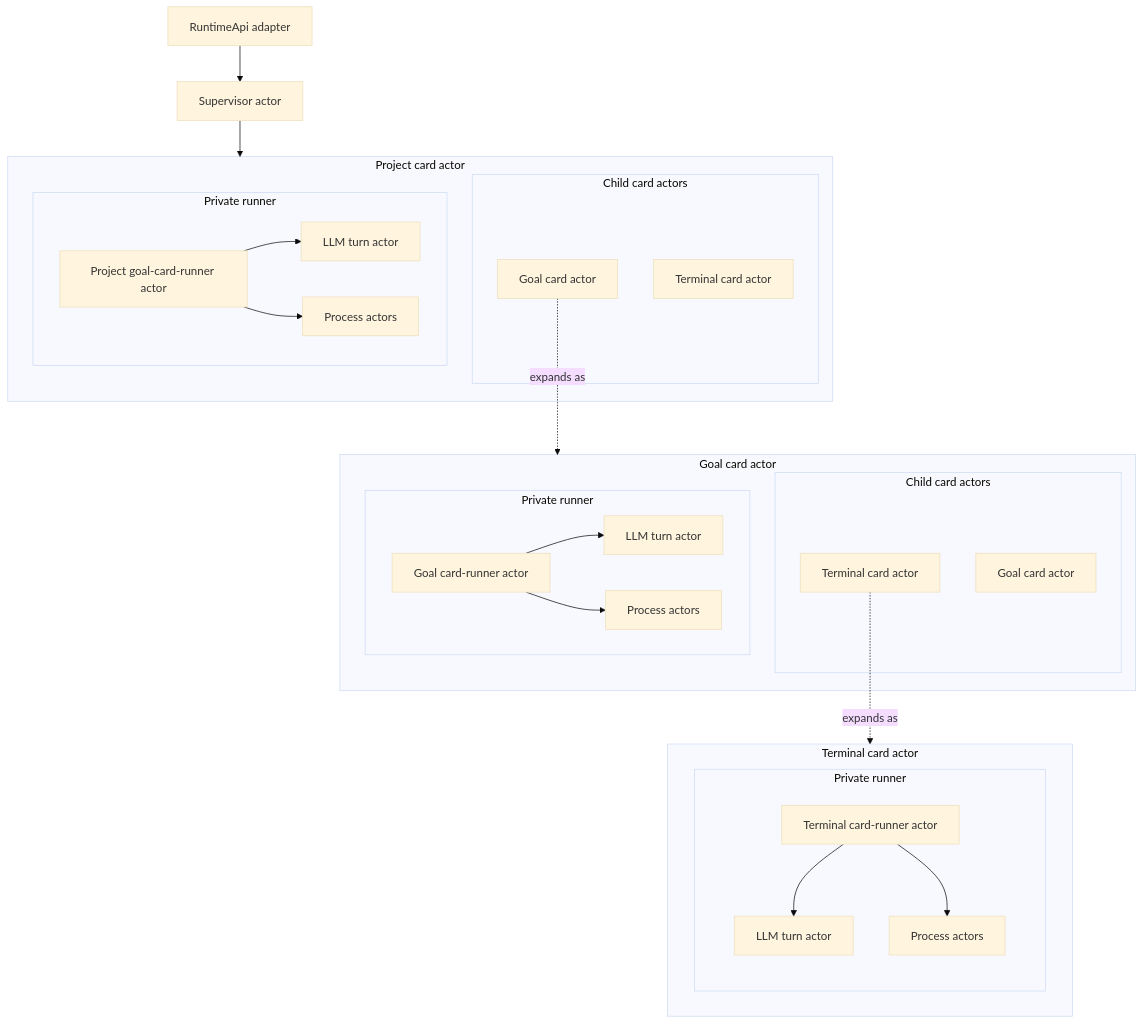
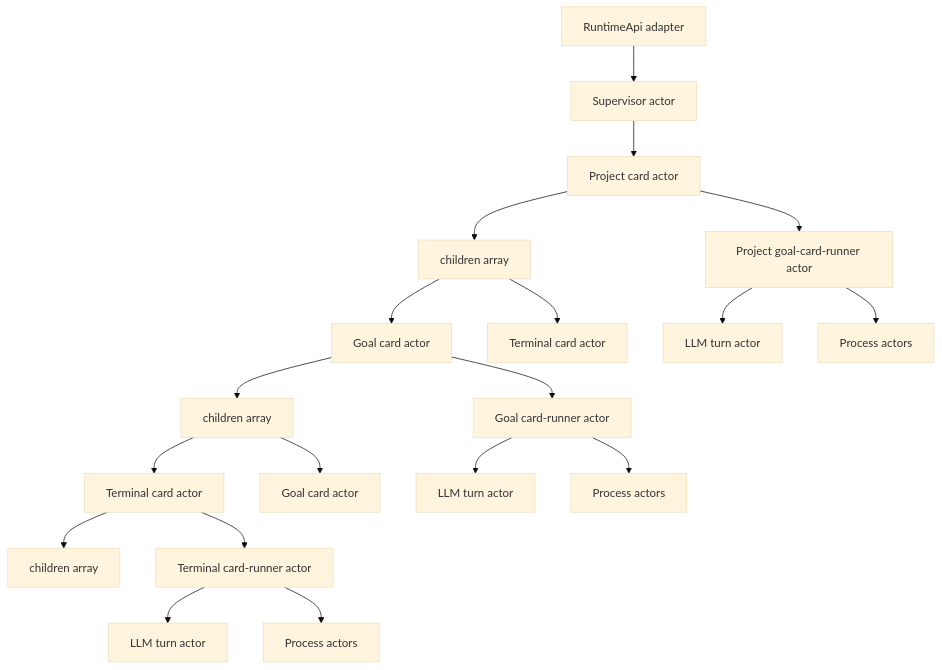
The diagram in docs/architecture/xstate-runtime-core.md (salva/saivage-v3), drawn with Mermaid (base theme) before and after one commit. The commit also changed other lines of this file, not shown here.

Commit message:
docs: simplify actor tree diagram children

````diff
--- a/docs/architecture/xstate-runtime-core.md
+++ b/docs/architecture/xstate-runtime-core.md
@@ -64,46 +64,25 @@
 ```mermaid
 graph TD
   api[RuntimeApi adapter] --> supervisor[Supervisor actor]
+  supervisor --> projectCard
 
-  subgraph projectCard[Project card actor]
-    subgraph projectChildren[Child card actors]
-      goalCard[Goal card actor]
-      terminalSibling[Terminal card actor]
-    end
-    subgraph projectRun[Private runner]
-      projectRunner[Project goal-card-runner actor]
-      projectTurn[LLM turn actor]
-      projectProcess[Process actors]
-      projectRunner --> projectTurn
-      projectRunner --> projectProcess
-    end
-  end
+  projectCard[Project card actor] --> projectChildren[children array]
+  projectCard --> projectRunner[Project goal-card-runner actor]
+  projectChildren --> goalCard[Goal card actor]
+  projectChildren --> terminalSibling[Terminal card actor]
 
-  subgraph goalCardBox[Goal card actor]
-    subgraph goalChildren[Child card actors]
-      terminalCard[Terminal card actor]
-      nestedGoalCard[Goal card actor]
-    end
-    subgraph goalRun[Private runner]
-      goalRunner[Goal card-runner actor]
-      goalTurn[LLM turn actor]
-      goalProcess[Process actors]
-      goalRunner --> goalTurn
-      goalRunner --> goalProcess
-    end
-  end
+  goalCard --> goalChildren[children array]
+  goalCard --> goalRunner[Goal card-runner actor]
+  goalChildren --> terminalCard[Terminal card actor]
+  goalChildren --> nestedGoalCard[Goal card actor]
 
-  subgraph terminalCardBox[Terminal card actor]
-    subgraph terminalRun[Private runner]
-      terminalRunner[Terminal card-runner actor]
-      terminalTurn[LLM turn actor]
-      terminalProcess[Process actors]
-      terminalRunner --> terminalTurn
-      terminalRunner --> terminalProcess
-    end
-  end
+  terminalCard --> terminalChildren[children array]
+  terminalCard --> terminalRunner[Terminal card-runner actor]
 
-  supervisor --> projectCard
-  goalCard -. expands as .-> goalCardBox
-  terminalCard -. expands as .-> terminalCardBox
+  projectRunner --> projectTurn[LLM turn actor]
+  projectRunner --> projectProcess[Process actors]
+  goalRunner --> goalTurn[LLM turn actor]
+  goalRunner --> goalProcess[Process actors]
+  terminalRunner --> terminalTurn[LLM turn actor]
+  terminalRunner --> terminalProcess[Process actors]
 ```
````
